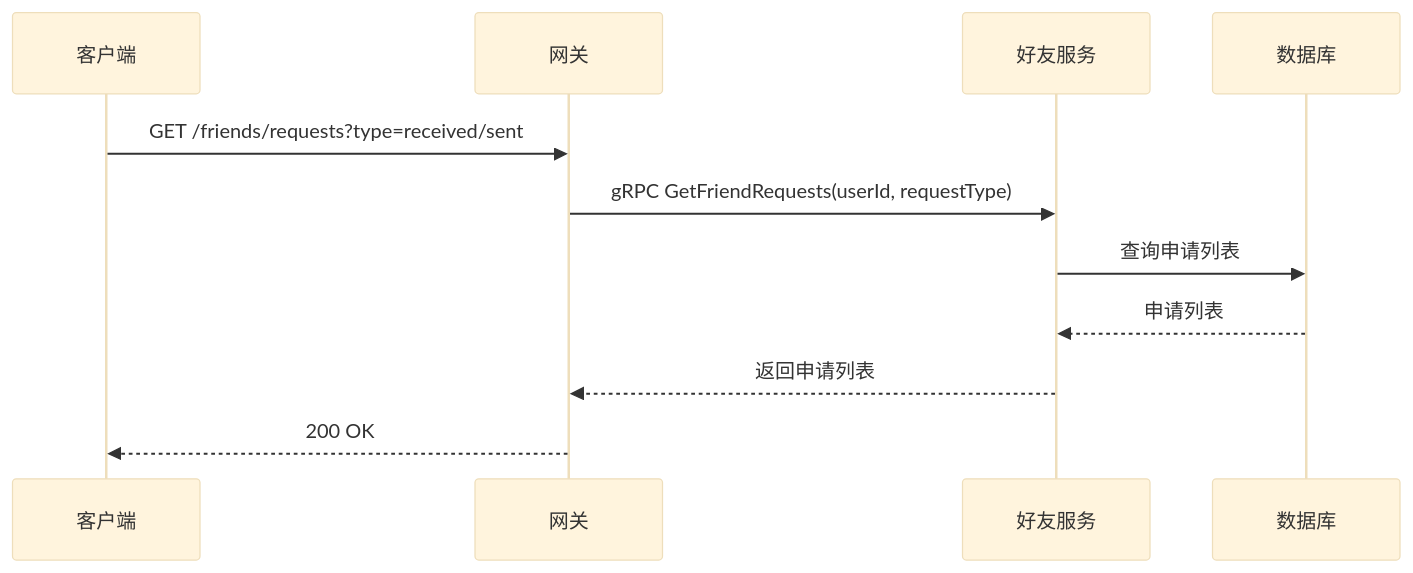
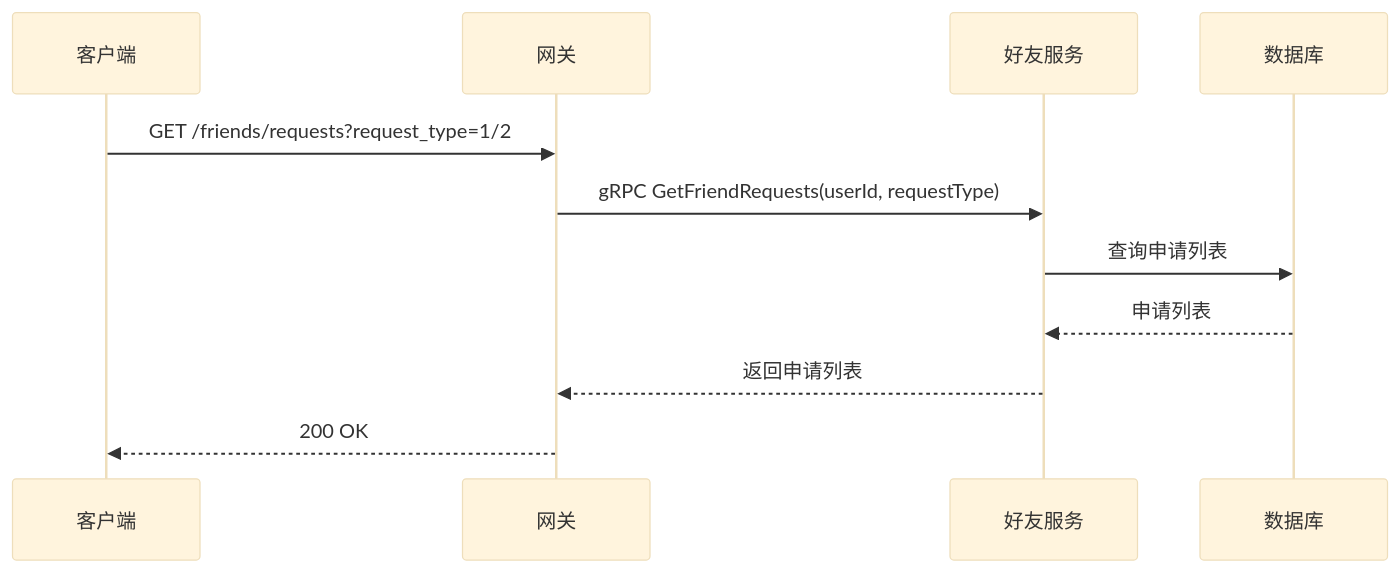
One commit to anychat-im/anychat-server changed the third of 3 diagrams in docs/design/friend/request.md. Above: the diagram before and after it, drawn with Mermaid (base theme). The commit also changed other lines of this file and 143 other files, not shown here.

````diff
--- a/docs/design/friend/request.md
+++ b/docs/design/friend/request.md
@@ -171,14 +171,14 @@
 ```mermaid
 sequenceDiagram
     participant Client as 客户端
     participant Gateway as 网关
     participant FriendService as 好友服务
     participant DB as 数据库
 
-    Client->>Gateway: GET /friends/requests?type=received/sent
+    Client->>Gateway: GET /friends/requests?request_type=1/2
     Gateway->>FriendService: gRPC GetFriendRequests(userId, requestType)
     FriendService->>DB: 查询申请列表
     DB-->>FriendService: 申请列表
     FriendService-->>Gateway: 返回申请列表
     Gateway-->>Client: 200 OK
 ```
````
